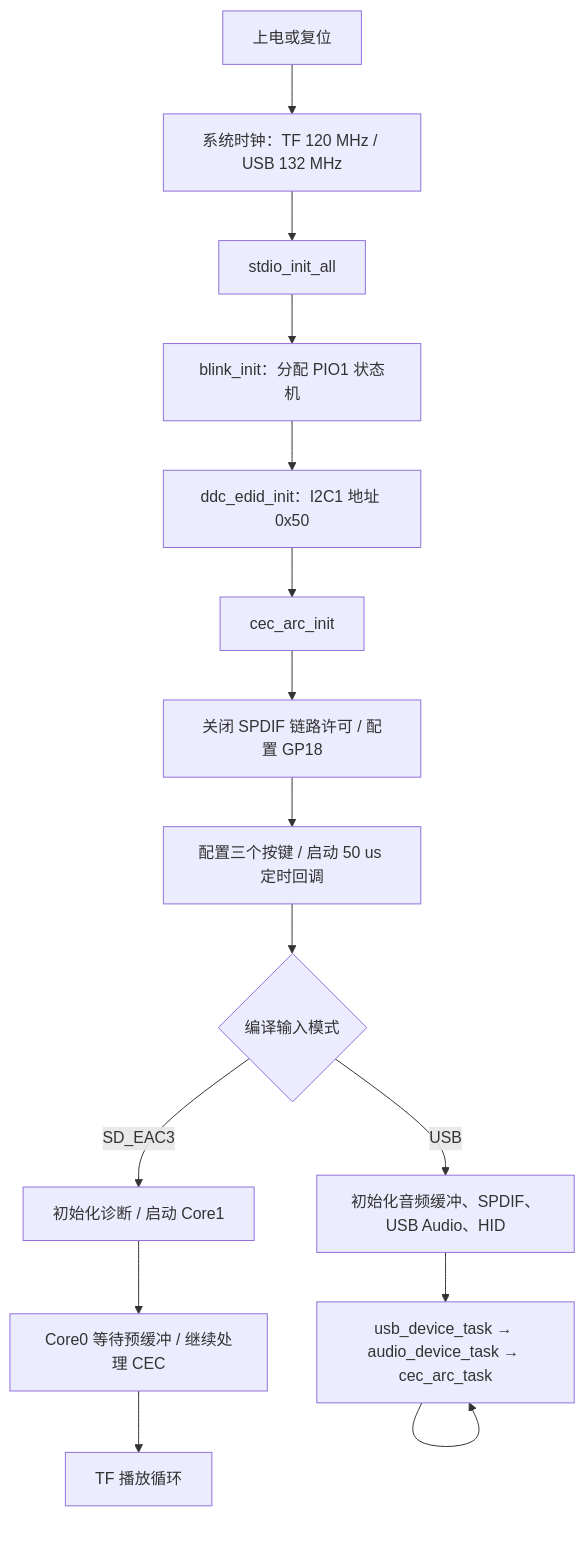
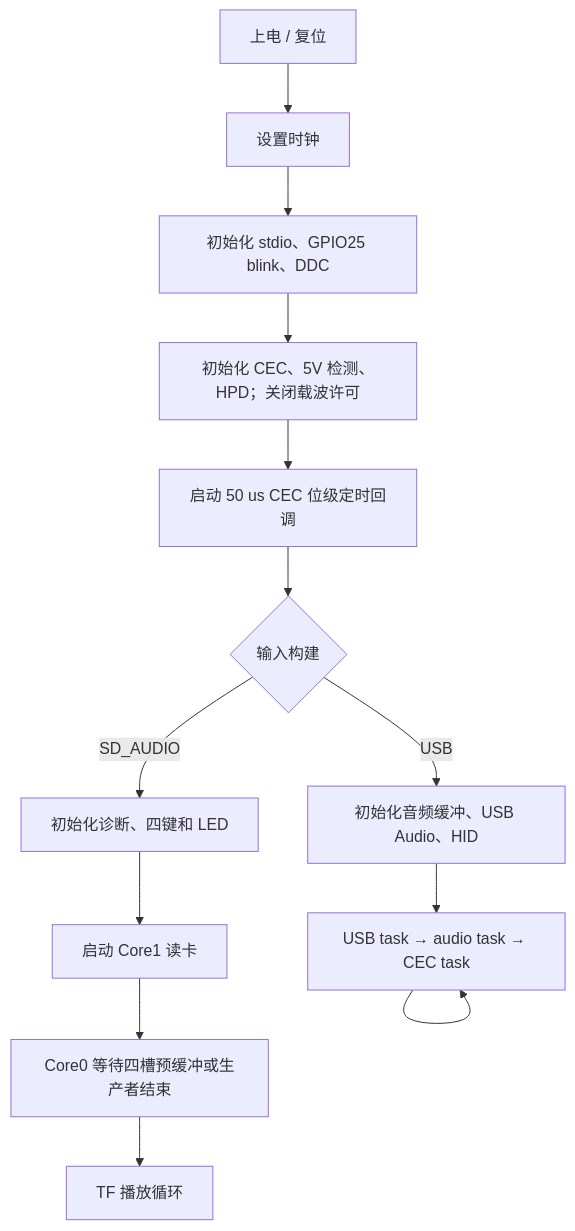
One commit to Leihognlun/pico-dac2 changed the second of 5 diagrams in PROGRAM_LOGIC.md. Above: the diagram before and after it, drawn with Mermaid. The commit also changed other lines of this file and 29 other files, not shown here.

````diff
--- a/PROGRAM_LOGIC.md
+++ b/PROGRAM_LOGIC.md
@@ -80,17 +77,15 @@
 ```mermaid
 flowchart TD
-    BOOT[上电或复位] --> CLOCK[系统时钟：TF 120 MHz / USB 132 MHz]
-    CLOCK --> STDIO[stdio_init_all]
-    STDIO --> LED[blink_init：分配 PIO1 状态机]
-    LED --> DDC[ddc_edid_init：I2C1 地址 0x50]
-    DDC --> CEC[cec_arc_init]
-    CEC --> GATE[关闭 SPDIF 链路许可 / 配置 GP18]
-    GATE --> KEYS[配置三个按键 / 启动 50 us 定时回调]
-    KEYS --> MODE{编译输入模式}
-    MODE -->|SD_EAC3| SDINIT[初始化诊断 / 启动 Core1]
-    SDINIT --> PRE[Core0 等待预缓冲 / 继续处理 CEC]
-    PRE --> SDLOOP[TF 播放循环]
-    MODE -->|USB| UINIT[初始化音频缓冲、SPDIF、USB Audio、HID]
-    UINIT --> ULOOP[usb_device_task → audio_device_task → cec_arc_task]
-    ULOOP --> ULOOP
+    BOOT[上电 / 复位] --> CLOCK[设置时钟]
+    CLOCK --> INIT[初始化 stdio、GPIO25 blink、DDC]
+    INIT --> CEC[初始化 CEC、5V 检测、HPD；关闭载波许可]
+    CEC --> TIMER[启动 50 us CEC 位级定时回调]
+    TIMER --> MODE{输入构建}
+    MODE -->|SD_AUDIO| KEYS[初始化诊断、四键和 LED]
+    KEYS --> CORE[启动 Core1 读卡]
+    CORE --> PRE[Core0 等待四槽预缓冲或生产者结束]
+    PRE --> SD[TF 播放循环]
+    MODE -->|USB| USB[初始化音频缓冲、USB Audio、HID]
+    USB --> LOOP[USB task → audio task → CEC task]
+    LOOP --> LOOP
 ```
````
